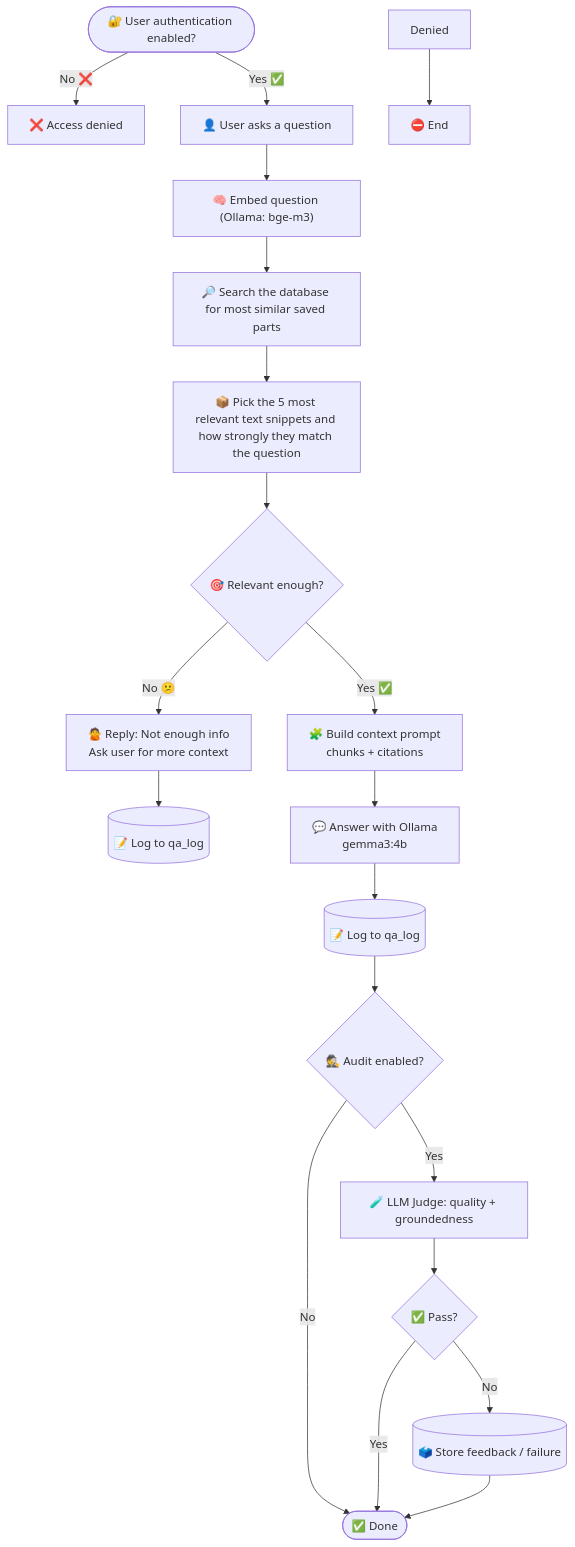
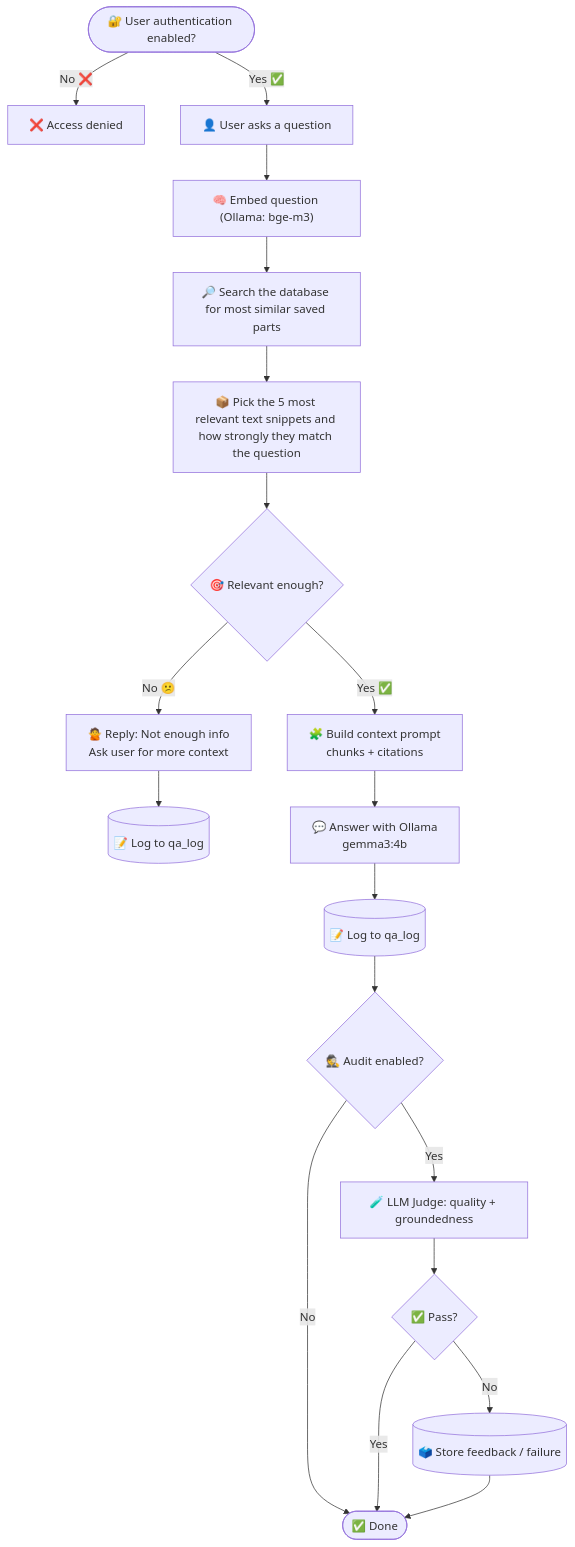
Before and after one commit to LauraAva/rag-ollama-set-up: the second of 3 diagrams in docs/PROCESS_VISUALIZATION_TRIAL.md, drawn with Mermaid.

````diff
--- a/docs/PROCESS_VISUALIZATION_TRIAL.md
+++ b/docs/PROCESS_VISUALIZATION_TRIAL.md
@@ -28,35 +28,35 @@
 ```mermaid
 flowchart TD
 
   UA(["🔐 User authentication enabled?"])
   UA -- "No ❌" --> X["❌ Access denied"]
-  Denied --> END0["⛔ End"]
+
 
   UA -- "Yes ✅" --> U["👤 User asks a question"]
   U --> Q["🧠 Embed question (Ollama: bge-m3)"]
 
   Q --> S[🔎 Search the database for most similar saved parts]
   S --> R[📦 Pick the 5 most relevant text snippets and how strongly they match the question]
 
   R --> G{🎯 Relevant enough?}
 
   G -- "No 😕" --> N[🙅 Reply: Not enough info<br/>Ask user for more context]
   N --> L1[(📝 Log to qa_log)]
   classDef animate stroke-dasharray: 9,5,stroke-dashoffset: 900,animation: dash 25s linear infinite;
   class e1 animate
 
   G -- "Yes ✅" --> C[🧩 Build context prompt<br/>chunks + citations]
   C --> A[💬 Answer with Ollama<br/>gemma3:4b]
   A --> L2[(📝 Log to qa_log)]
 
   L2 --> AU{🕵️ Audit enabled?}
   AU -- "No" --> DONE([✅ Done])
 
   AU -- "Yes" --> J[🧪 LLM Judge: quality + groundedness]
   J --> V{✅ Pass?}
 
   V -- "Yes" --> DONE
   V -- "No" --> F[(🗳️ Store feedback / failure)]
   F --> DONE
 
 ```
````
